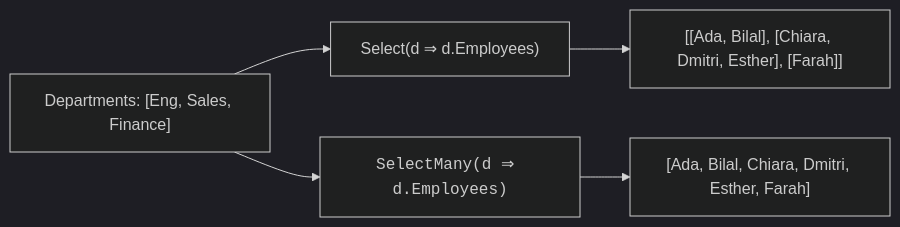
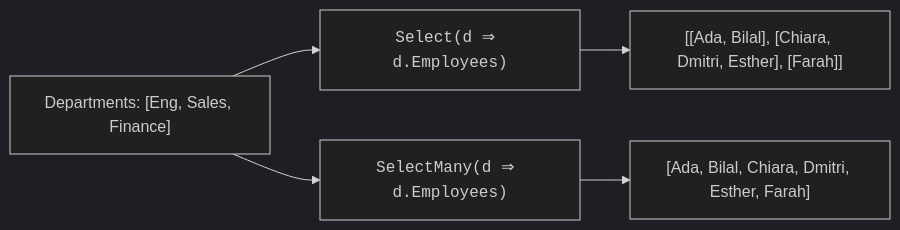
Before and after one commit to dataslope/dataslope: the diagram in content/learn/csharp-linq-functional/selectmany-and-flattening.mdx, drawn with Mermaid (dark theme). The commit also changed 56 other files, not shown here.

````diff
--- a/content/learn/csharp-linq-functional/selectmany-and-flattening.mdx
+++ b/content/learn/csharp-linq-functional/selectmany-and-flattening.mdx
@@ -82,7 +82,7 @@
 ```mermaid
 flowchart LR
-    A["Departments: [Eng, Sales, Finance]"] --> S["Select(d ⇒ d.Employees)"]
+    A["Departments: [Eng, Sales, Finance]"] --> S["<code>Select(d ⇒ d.Employees)</code>"]
     S --> N["[[Ada, Bilal], [Chiara, Dmitri, Esther], [Farah]]"]
     A --> M["<code>SelectMany(d ⇒ d.Employees)</code>"]
     M --> F["[Ada, Bilal, Chiara, Dmitri, Esther, Farah]"]
 ```
````
